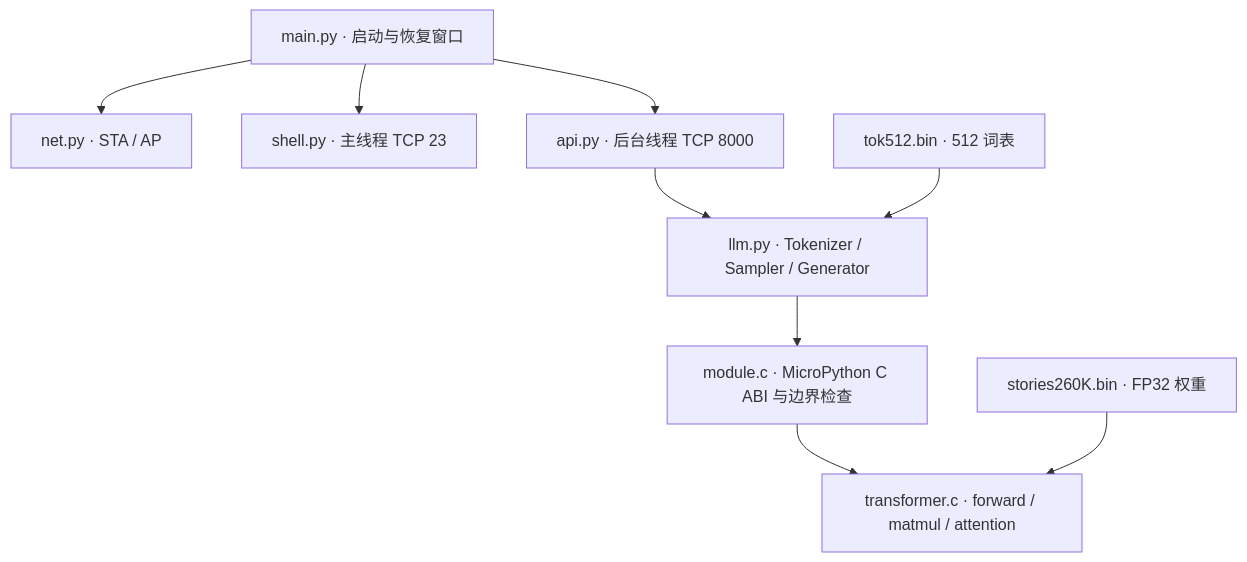
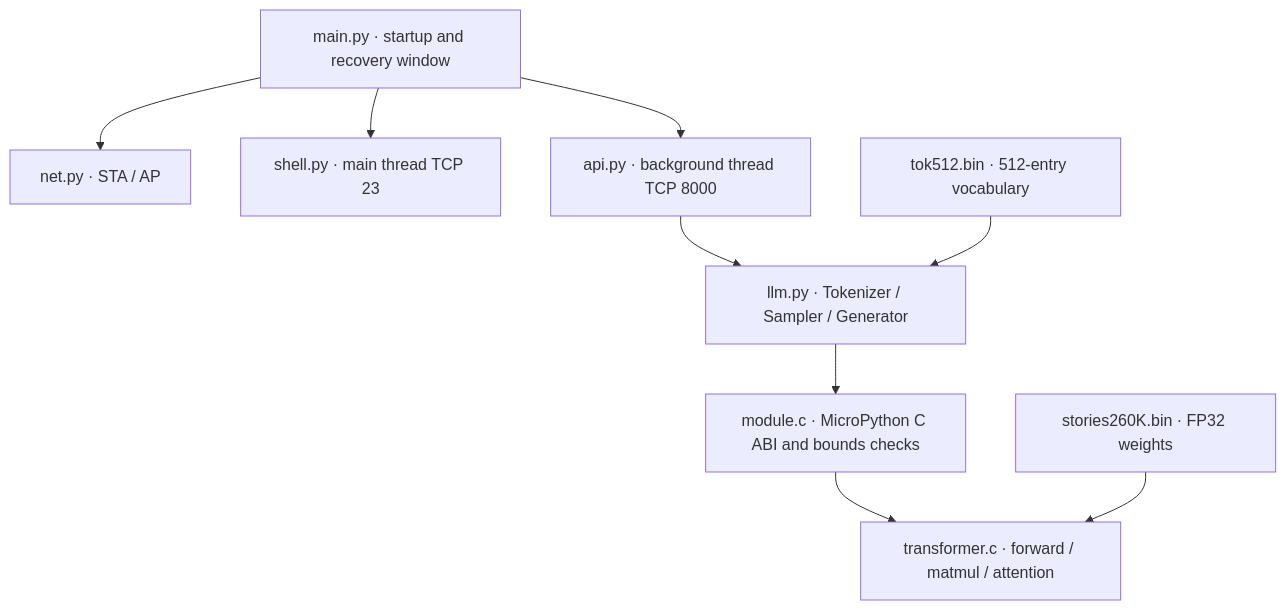
The first of 2 diagrams in docs/architecture.md (InfronAI/esp32-llm-service), drawn with Mermaid before and after one commit. The commit also changed other lines of this file and 29 other files, not shown here.

````diff
--- a/docs/architecture.md
+++ b/docs/architecture.md
@@ -5,19 +7,19 @@
 ```mermaid
 flowchart TB
-    Entry[main.py · 启动与恢复窗口]
+    Entry[main.py · startup and recovery window]
     Network[net.py · STA / AP]
-    Shell[shell.py · 主线程 TCP 23]
-    API[api.py · 后台线程 TCP 8000]
+    Shell[shell.py · main thread TCP 23]
+    API[api.py · background thread TCP 8000]
     Model[llm.py · Tokenizer / Sampler / Generator]
-    Module[module.c · MicroPython C ABI 与边界检查]
+    Module[module.c · MicroPython C ABI and bounds checks]
     Engine[transformer.c · forward / matmul / attention]
-    Weights[stories260K.bin · FP32 权重]
-    Tokenizer[tok512.bin · 512 词表]
+    Weights[stories260K.bin · FP32 weights]
+    Tokenizer[tok512.bin · 512-entry vocabulary]
     Entry --> Network
     Entry --> Shell
     Entry --> API
     API --> Model
     Model --> Module --> Engine
     Weights --> Engine
     Tokenizer --> Model
 ```
````
